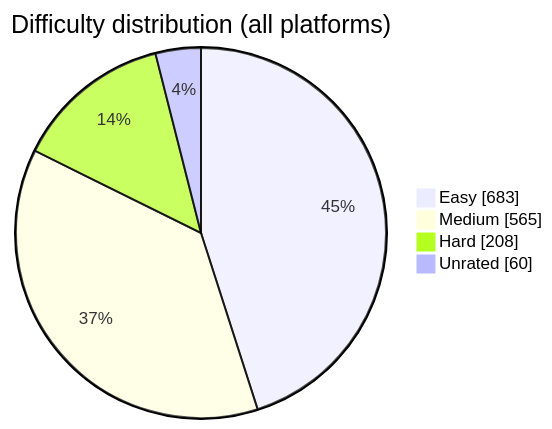
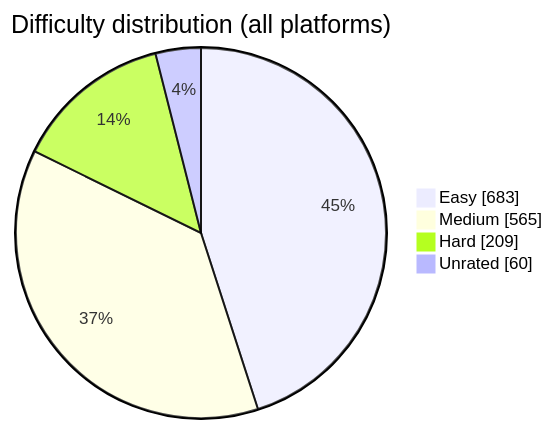
One commit to BuildbyArindam/Daily-Coding-Log changed the diagram in README.md. Above: the diagram before and after it, drawn with Mermaid. The commit also changed other lines of this file, not shown here.

````diff
--- a/README.md
+++ b/README.md
@@ -93,7 +93,7 @@
 ```mermaid
 pie showData title Difficulty distribution (all platforms)
     "Easy" : 683
     "Medium" : 565
-    "Hard" : 208
+    "Hard" : 209
     "Unrated" : 60
 ```
````
